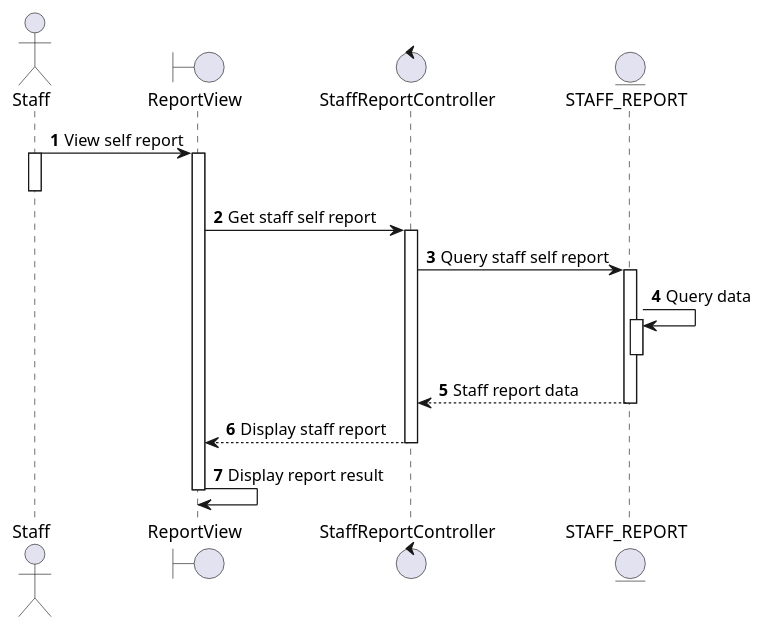
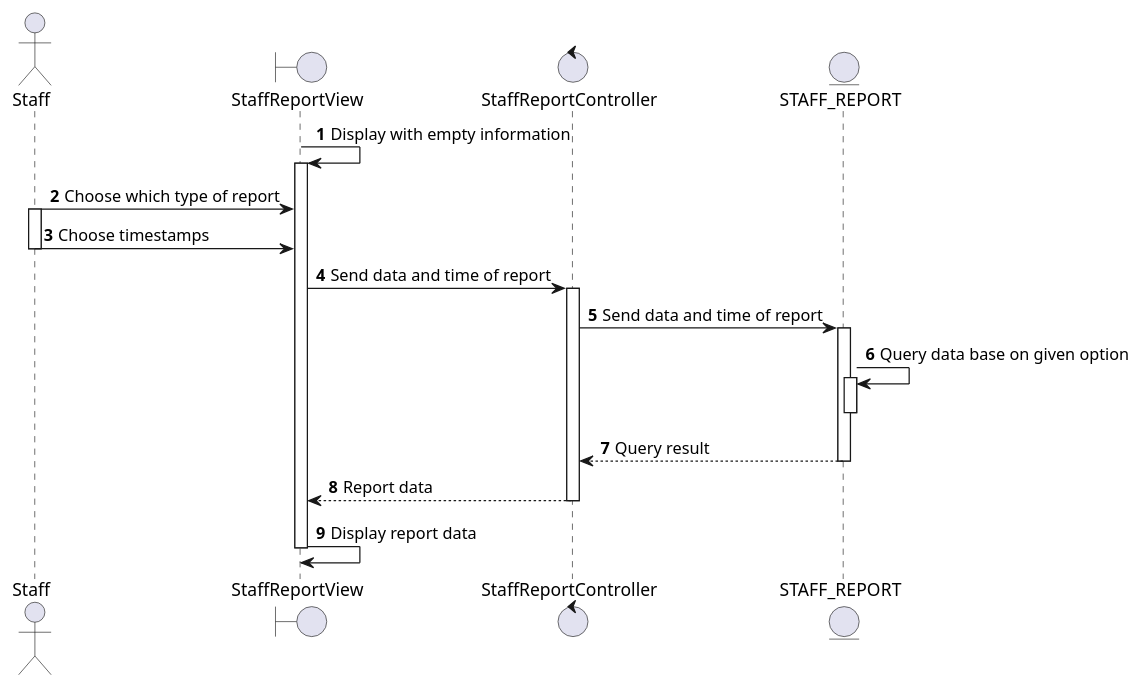
Before and after one commit to electricilies/electricilies.github.io: the diagram in docs/docs/sequence/view-staff-self-report/view-staff-self-report.md, drawn with PlantUML. The commit also changed 38 other files, not shown here.

````diff
--- a/docs/docs/sequence/view-staff-self-report/view-staff-self-report.md
+++ b/docs/docs/sequence/view-staff-self-report/view-staff-self-report.md
@@ -3,29 +3,31 @@
 ```plantuml
 @startuml
 autonumber
 
 actor Staff as S
-boundary ReportView as RV
+boundary StaffReportView as SRV
 control StaffReportController as SRC
 entity STAFF_REPORT as SR
 
-S -> RV: View self report
+SRV -> SRV: Display with empty information
+activate SRV
+S -> SRV: Choose which type of report
 activate S
+S -> SRV: Choose timestamps
 deactivate S
-activate RV
-RV -> SRC: Get staff self report
+SRV -> SRC: Send data and time of report
 activate SRC
-SRC -> SR: Query staff self report
+SRC -> SR: Send data and time of report
 activate SR
-SR -> SR: Query data
+SR -> SR: Query data base on given option
 activate SR
 deactivate SR
-SRC <-- SR: Staff report data
+SRC <-- SR: Query result
 deactivate SR
-RV <-- SRC: Display staff report
+SRV <-- SRC: Report data
 deactivate SRC
-RV -> RV: Display report result
-deactivate RV
+SRV -> SRV: Display report data
+deactivate SRV
 
 @enduml
 ```
````
